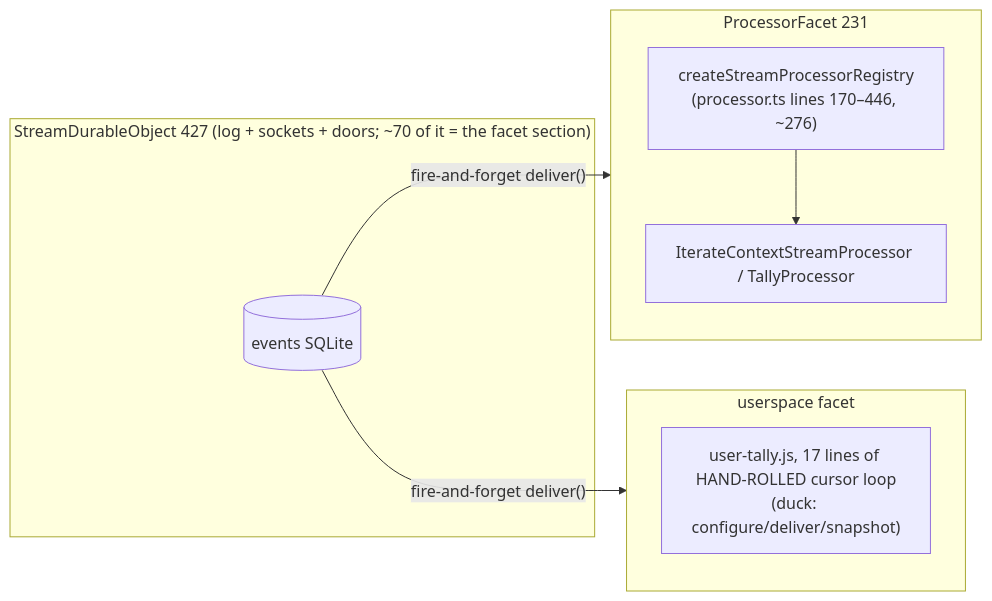
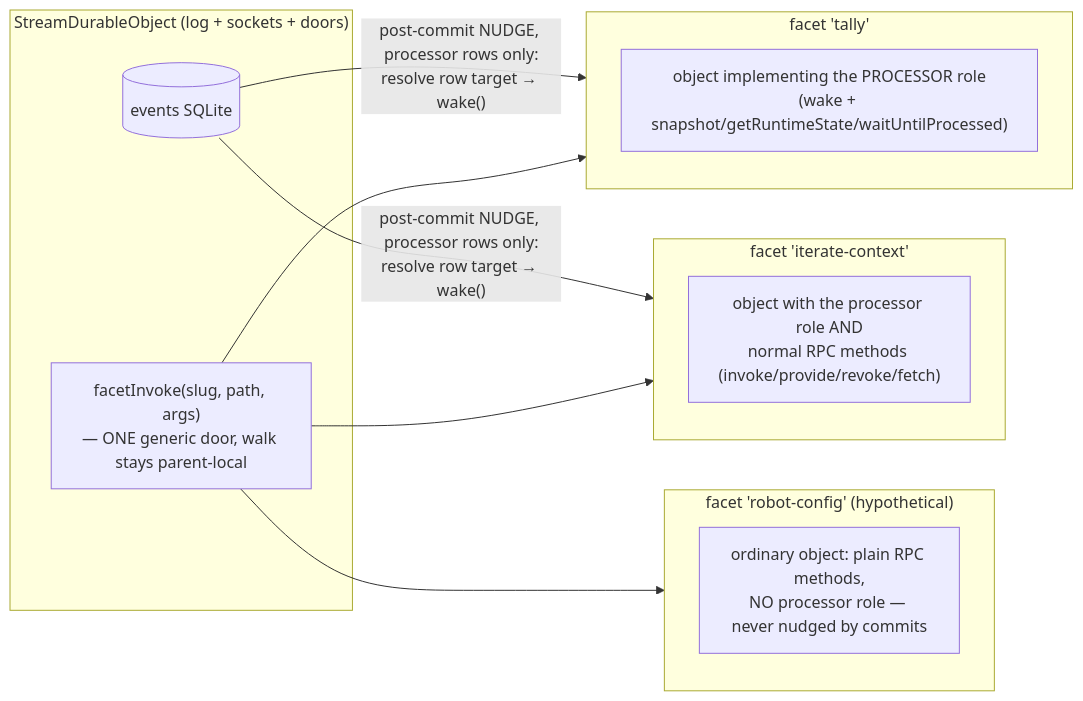
The diagram in apps/os/docs/simplification/wayfinder/innermost-core/processors-jam.md (iterate/iterate), drawn with Mermaid before and after one commit. The commit also changed other lines of this file, not shown here.

First line of the commit message:
processors-jam v3: facets are objects, processors are a role; the facet address mechanism

````diff
--- a/apps/os/docs/simplification/wayfinder/innermost-core/processors-jam.md
+++ b/apps/os/docs/simplification/wayfinder/innermost-core/processors-jam.md
@@ -10,14 +39,18 @@
 ```mermaid
 flowchart LR
-  subgraph parent["StreamDurableObject 427 (log + sockets + doors; ~70 of it = the facet section)"]
+  subgraph parent["StreamDurableObject (log + sockets + doors)"]
     log[(events SQLite)]
+    door["facetInvoke(slug, path, args)\n— ONE generic door, walk stays parent-local"]
   end
-  subgraph facetA["ProcessorFacet 231"]
-    regA["createStreamProcessorRegistry\n(processor.ts lines 170–446, ~276)"] --> pA["IterateContextStreamProcessor / TallyProcessor"]
+  subgraph f1["facet 'tally'"]
+    o1["object implementing the PROCESSOR role\n(wake + snapshot/getRuntimeState/waitUntilProcessed)"]
   end
-  subgraph facetB["userspace facet"]
-    duck["user-tally.js, 17 lines of HAND-ROLLED cursor loop\n(duck: configure/deliver/snapshot)"]
+  subgraph f2["facet 'iterate-context'"]
+    o2["object with the processor role AND\nnormal RPC methods (invoke/provide/revoke/fetch)"]
   end
-  log -- "fire-and-forget deliver()" --> facetA
-  log -- "fire-and-forget deliver()" --> facetB
+  subgraph f3["facet 'robot-config' (hypothetical)"]
+    o3["ordinary object: plain RPC methods,\nNO processor role — never nudged by commits"]
+  end
+  log -- "post-commit NUDGE, processor rows only:\nresolve row target → wake()" --> f1 & f2
+  door --> f1 & f2 & f3
 ```
````
